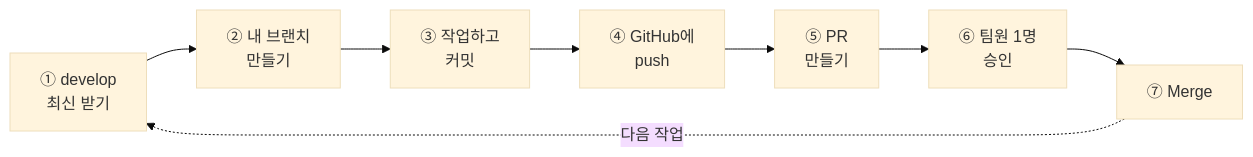
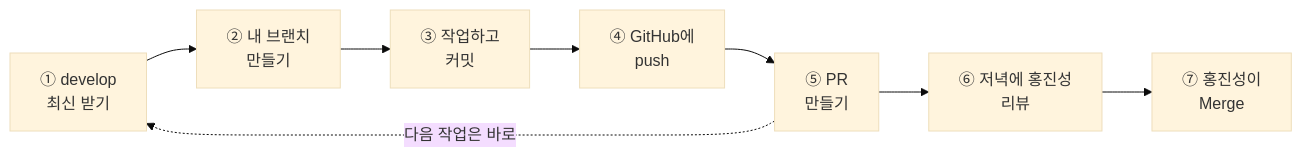
One commit to only-smhrd-2026/only-app changed the second of 2 diagrams in README.md. Above: the diagram before and after it, drawn with Mermaid (base theme). The commit also changed other lines of this file and 6 other files, not shown here.

````diff
--- a/README.md
+++ b/README.md
@@ -297,10 +297,10 @@
 ```mermaid
 flowchart LR
   A["① develop<br/>최신 받기"] --> B["② 내 브랜치<br/>만들기"]
   B --> C["③ 작업하고<br/>커밋"]
   C --> D["④ GitHub에<br/>push"]
   D --> E["⑤ PR<br/>만들기"]
-  E --> F["⑥ 팀원 1명<br/>승인"]
-  F --> G["⑦ Merge"]
-  G -. 다음 작업 .-> A
+  E --> F["⑥ 저녁에 홍진성<br/>리뷰"]
+  F --> G["⑦ 홍진성이<br/>Merge"]
+  E -. 다음 작업은 바로 .-> A
 ```
````
